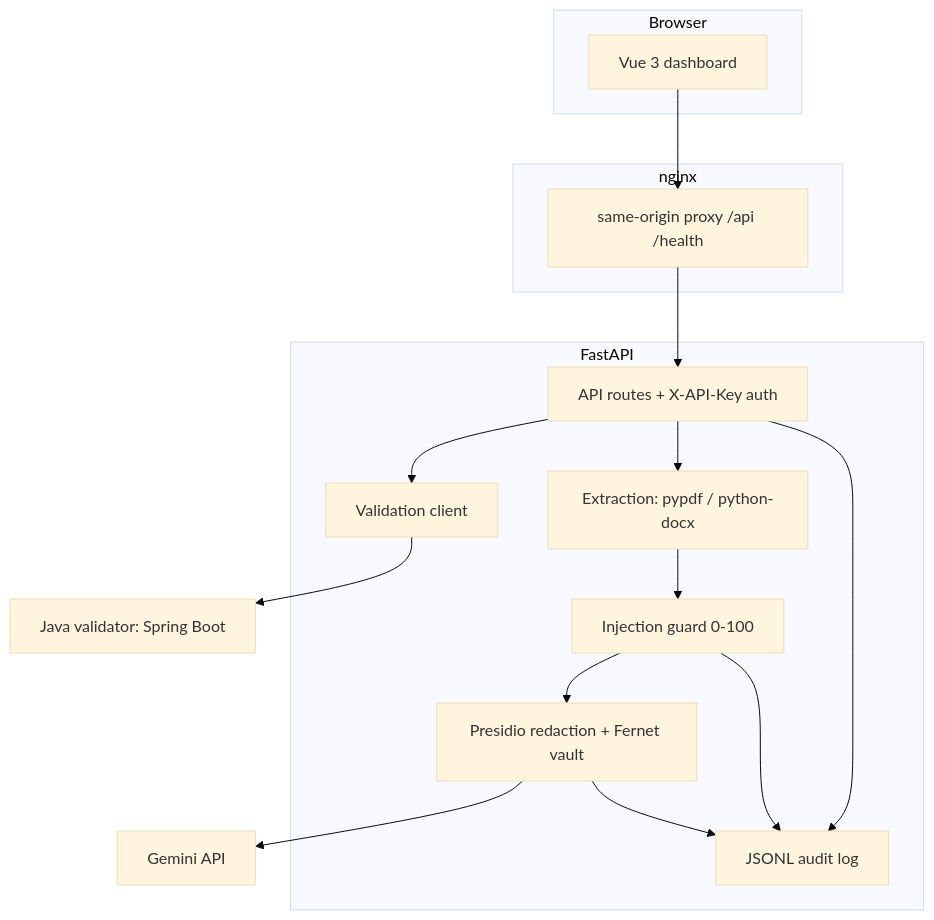
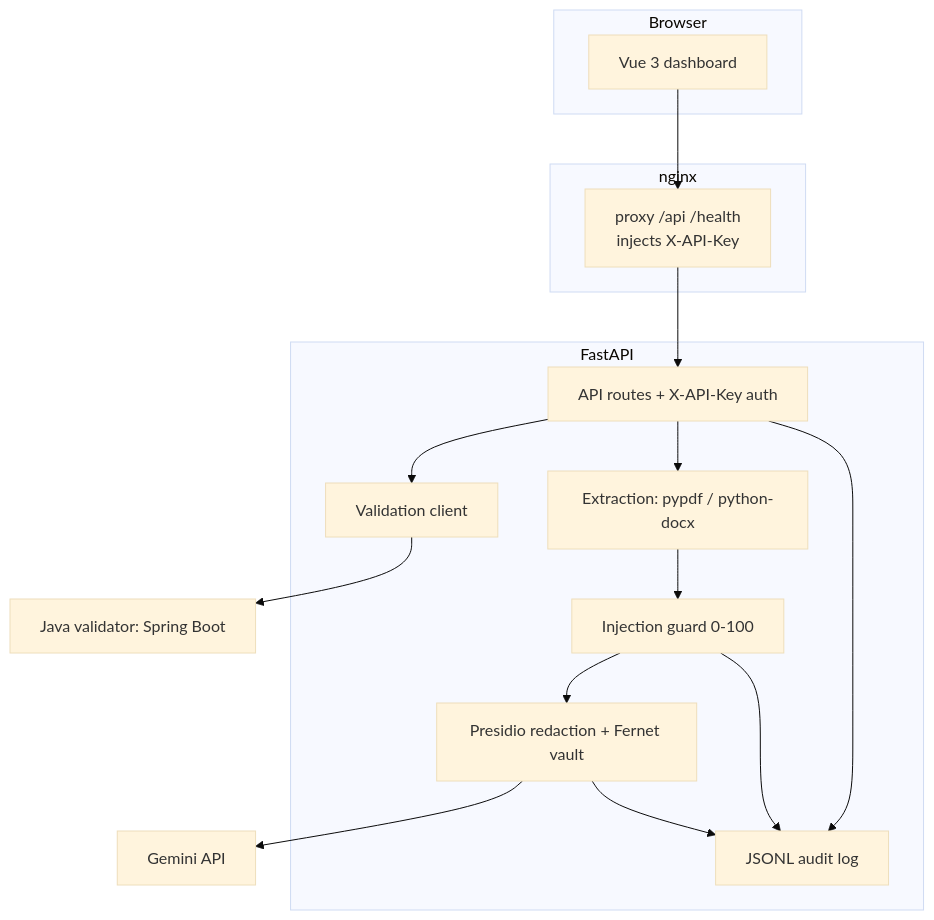
Before and after one commit to siliconsagenerd/securedoc-ai: the second of 2 diagrams in README.md, drawn with Mermaid (base theme). The commit also changed other lines of this file and 9 other files, not shown here.

First line of the commit message:
security: move API-key handling server-side and remove key from frontend bundle

````diff
--- a/README.md
+++ b/README.md
@@ -62,26 +63,26 @@
 ```mermaid
 flowchart TB
     subgraph client [Browser]
         UI[Vue 3 dashboard]
     end
     subgraph edge [nginx]
-        NX[same-origin proxy /api /health]
+        NX[proxy /api /health<br/>injects X-API-Key]
     end
     subgraph backend [FastAPI]
         RT[API routes + X-API-Key auth]
         EX[Extraction: pypdf / python-docx]
         GD[Injection guard 0-100]
         PI[Presidio redaction + Fernet vault]
         AU[JSONL audit log]
         VC[Validation client]
     end
     VAL[Java validator: Spring Boot]
     LLM[Gemini API]
 
     UI --> NX --> RT
     RT --> VC --> VAL
     RT --> EX --> GD --> PI --> LLM
     GD --> AU
     PI --> AU
     RT --> AU
 ```
````
